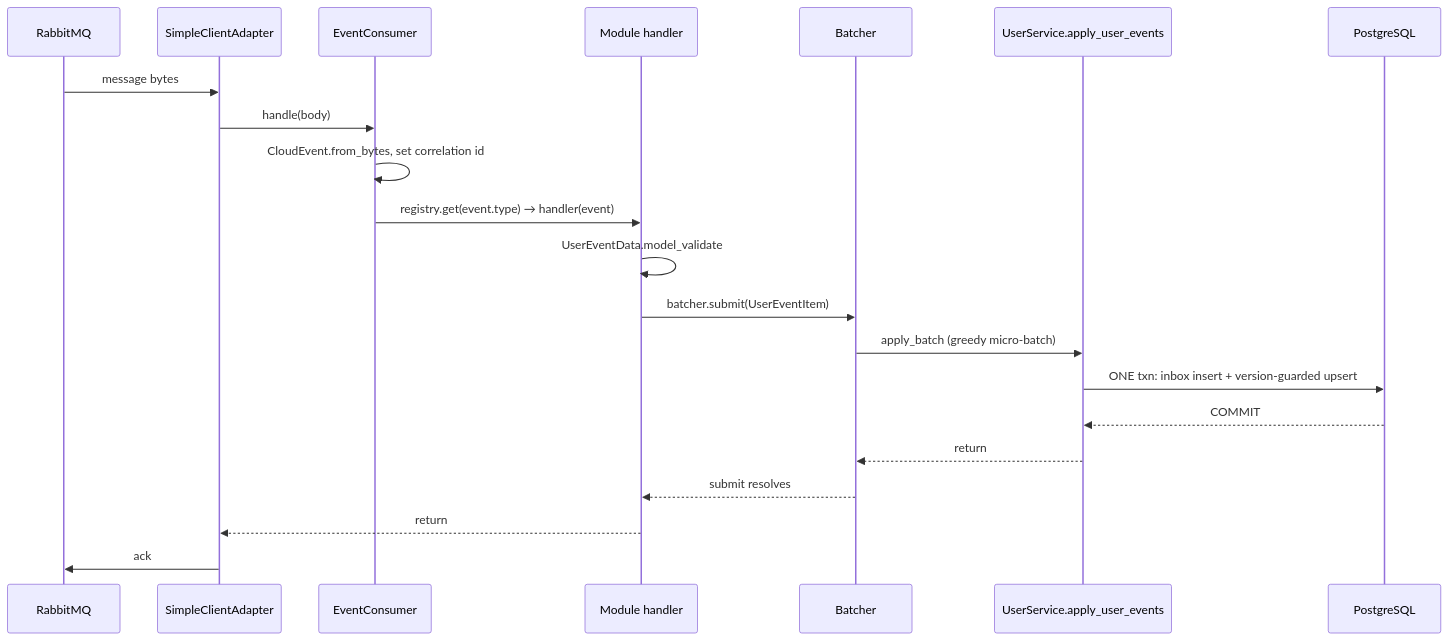
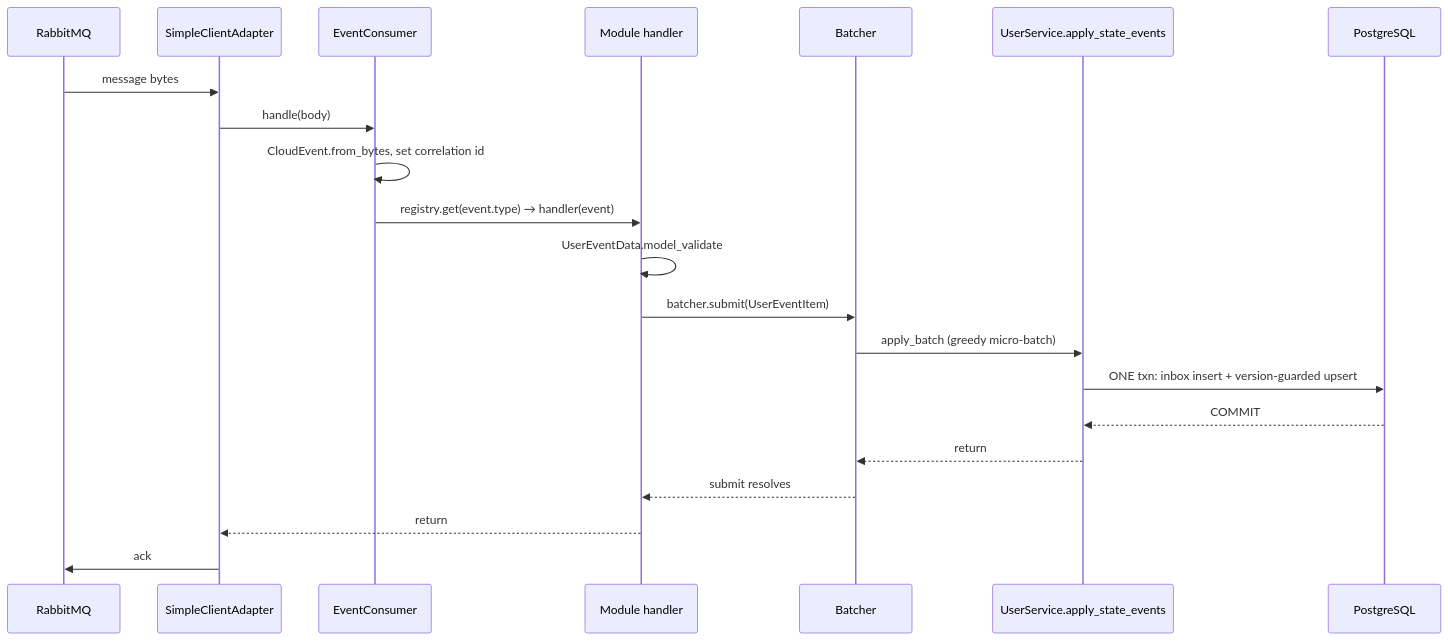
One commit to kafuexe/RabbitSpeedTest changed the second of 2 diagrams in shared_data_service/onboarding/03-architecture-tour.md. Above: the diagram before and after it, drawn with Mermaid. The commit also changed other lines of this file and 17 other files, not shown here.

````diff
--- a/shared_data_service/onboarding/03-architecture-tour.md
+++ b/shared_data_service/onboarding/03-architecture-tour.md
@@ -100,23 +100,23 @@
 ```mermaid
 sequenceDiagram
     participant RB as RabbitMQ
     participant SC as SimpleClientAdapter
     participant EC as EventConsumer
     participant H as Module handler
     participant BA as Batcher
-    participant SV as UserService.apply_user_events
+    participant SV as UserService.apply_state_events
     participant PG as PostgreSQL
     RB->>SC: message bytes
     SC->>EC: handle(body)
     EC->>EC: CloudEvent.from_bytes, set correlation id
     EC->>H: registry.get(event.type) → handler(event)
     H->>H: UserEventData.model_validate
     H->>BA: batcher.submit(UserEventItem)
     BA->>SV: apply_batch (greedy micro-batch)
     SV->>PG: ONE txn: inbox insert + version-guarded upsert
     PG-->>SV: COMMIT
     SV-->>BA: return
     BA-->>H: submit resolves
     H-->>SC: return
     SC->>RB: ack
 ```
````
